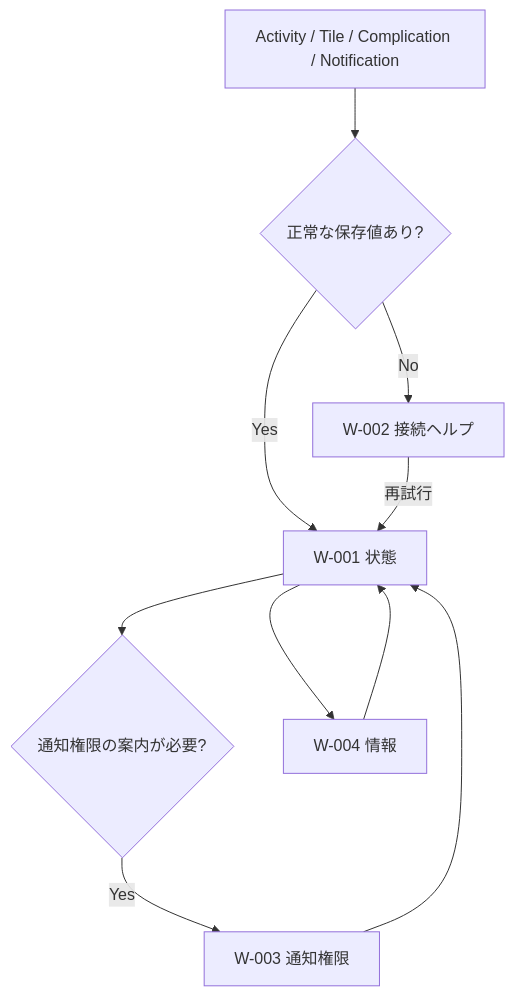
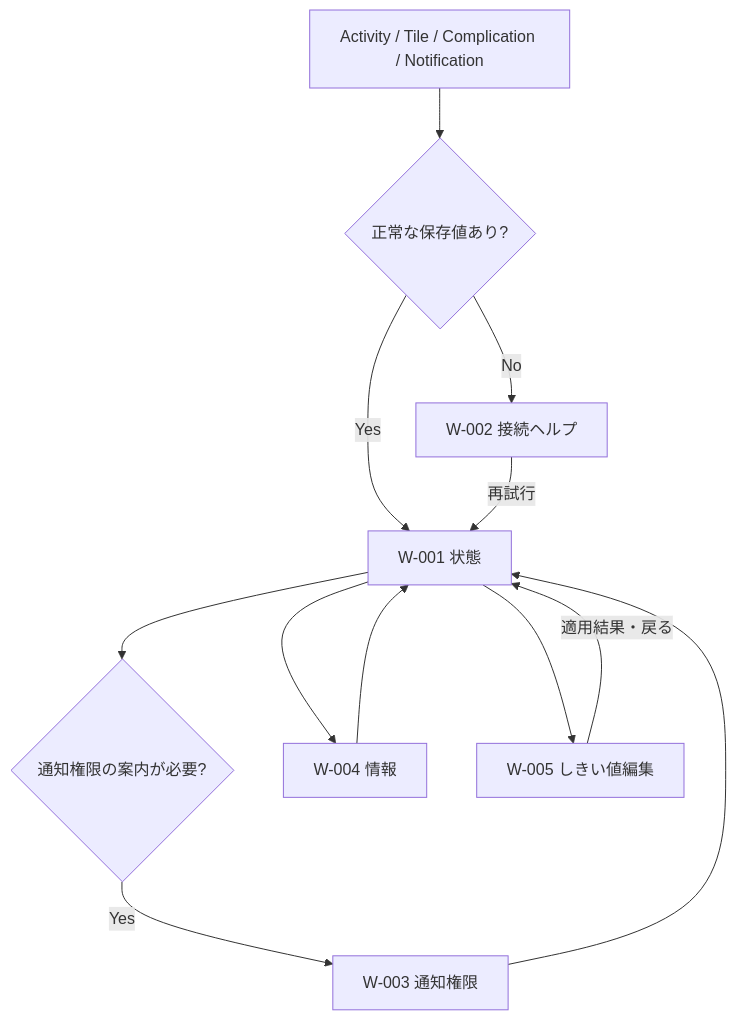
Before and after one commit to YoshihisaSaitou/battery-notifier: the second of 2 diagrams in docs/screen-specification-and-navigation.md, drawn with Mermaid. The commit also changed other lines of this file and 60 other files, not shown here.

````diff
--- a/docs/screen-specification-and-navigation.md
+++ b/docs/screen-specification-and-navigation.md
@@ -94,12 +95,14 @@
 ```mermaid
 flowchart TD
     Entry["Activity / Tile / Complication / Notification"] --> HasData{"正常な保存値あり?"}
     HasData -->|Yes| Status["W-001 状態"]
     HasData -->|No| Help["W-002 接続ヘルプ"]
     Status --> NeedPermission{"通知権限の案内が必要?"}
     NeedPermission -->|Yes| Permission["W-003 通知権限"]
     Status --> About["W-004 情報"]
+    Status --> Threshold["W-005 しきい値編集"]
     Help -->|再試行| Status
     Permission --> Status
     About --> Status
+    Threshold -->|適用結果・戻る| Status
 ```
````
